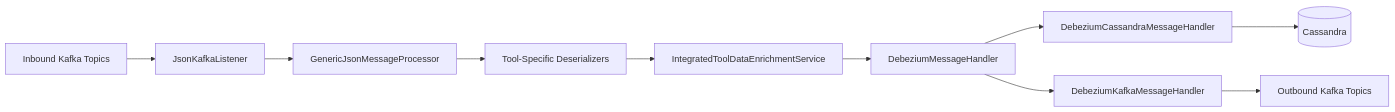
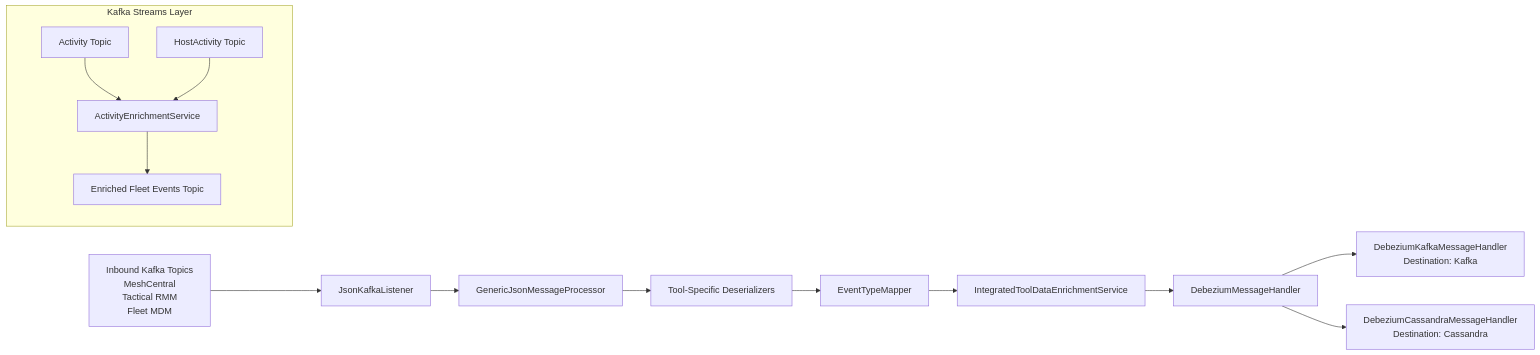
Before and after one commit to flamingo-stack/openframe-oss-lib: the diagram in docs/diagrams/architecture/stream-processing-core.mmd, drawn with Mermaid. The commit also changed 172 other files, not shown here.

```diff
--- a/docs/diagrams/architecture/stream-processing-core.mmd
+++ b/docs/diagrams/architecture/stream-processing-core.mmd
@@ -1,10 +1,18 @@
 flowchart LR
-    InboundTopics["Inbound Kafka Topics"] --> JsonListener["JsonKafkaListener"]
+    KafkaInbound["Inbound Kafka Topics<br/>MeshCentral<br/>Tactical RMM<br/>Fleet MDM"] --> JsonListener["JsonKafkaListener"]
     JsonListener --> Processor["GenericJsonMessageProcessor"]
+
     Processor --> Deserializers["Tool-Specific Deserializers"]
-    Deserializers --> Enrichment["IntegratedToolDataEnrichmentService"]
-    Enrichment --> Handlers["DebeziumMessageHandler"]
-    Handlers --> CassandraHandler["DebeziumCassandraMessageHandler"]
-    Handlers --> KafkaHandler["DebeziumKafkaMessageHandler"]
-    CassandraHandler --> CassandraDB[("Cassandra")]
-    KafkaHandler --> OutboundTopics["Outbound Kafka Topics"]
+    Deserializers --> Mapper["EventTypeMapper"]
+    Mapper --> Enrichment["IntegratedToolDataEnrichmentService"]
+
+    Enrichment --> Handler["DebeziumMessageHandler"]
+
+    Handler --> KafkaOut["DebeziumKafkaMessageHandler<br/>Destination: Kafka"]
+    Handler --> CassandraOut["DebeziumCassandraMessageHandler<br/>Destination: Cassandra"]
+
+    subgraph streams_layer["Kafka Streams Layer"]
+        ActivityStream["Activity Topic"] --> Joiner["ActivityEnrichmentService"]
+        HostStream["HostActivity Topic"] --> Joiner
+        Joiner --> EnrichedTopic["Enriched Fleet Events Topic"]
+    end
```
